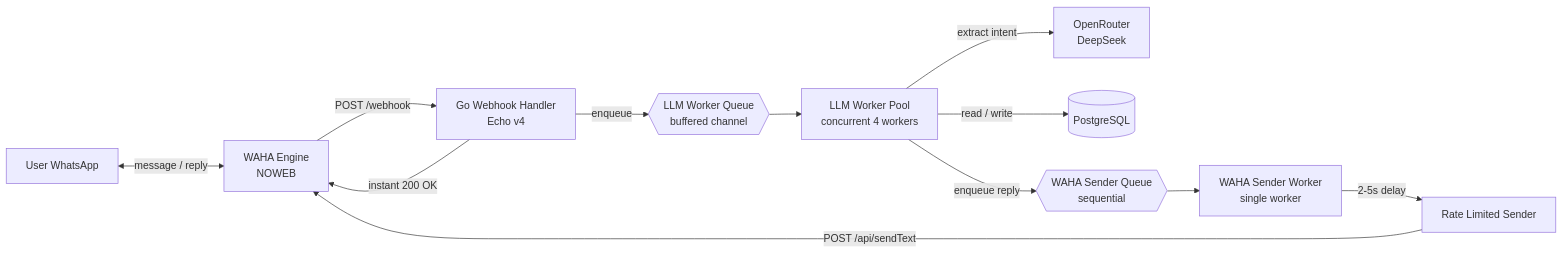
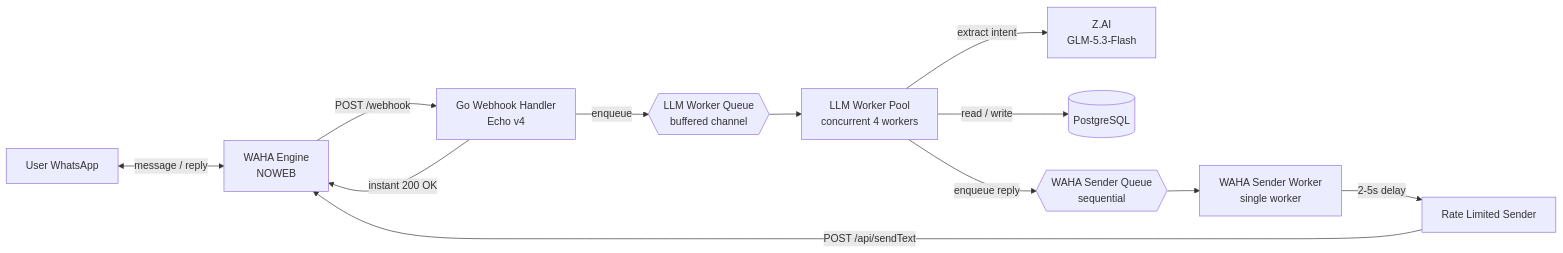
The first of 4 diagrams in README.md (skyapps-id/smart-ledger-agent), drawn with Mermaid before and after one commit. The commit also changed other lines of this file and 4 other files, not shown here.

Commit message:
Switch LLM provider to Z.AI GLM-5.3-Flash

````diff
--- a/README.md
+++ b/README.md
@@ -30,14 +30,14 @@
 ```mermaid
 flowchart LR
     U[User WhatsApp] <-->|message / reply| W[WAHA Engine<br/>NOWEB]
     W -->|POST /webhook| H[Go Webhook Handler<br/>Echo v4]
     H -->|instant 200 OK| W
     H -->|enqueue| Q{{LLM Worker Queue<br/>buffered channel}}
     Q --> L[LLM Worker Pool<br/>concurrent 4 workers]
-    L -->|extract intent| R[OpenRouter<br/>DeepSeek]
+    L -->|extract intent| R[Z.AI<br/>GLM-5.3-Flash]
     L -->|read / write| DB[(PostgreSQL)]
     L -->|enqueue reply| S{{WAHA Sender Queue<br/>sequential}}
     S --> T[WAHA Sender Worker<br/>single worker]
     T -->|2-5s delay| U2[Rate Limited Sender]
     U2 -->|POST /api/sendText| W
 ```
````
